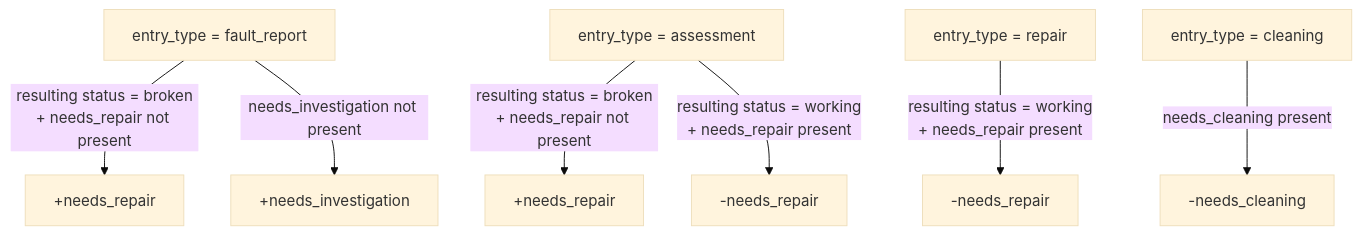
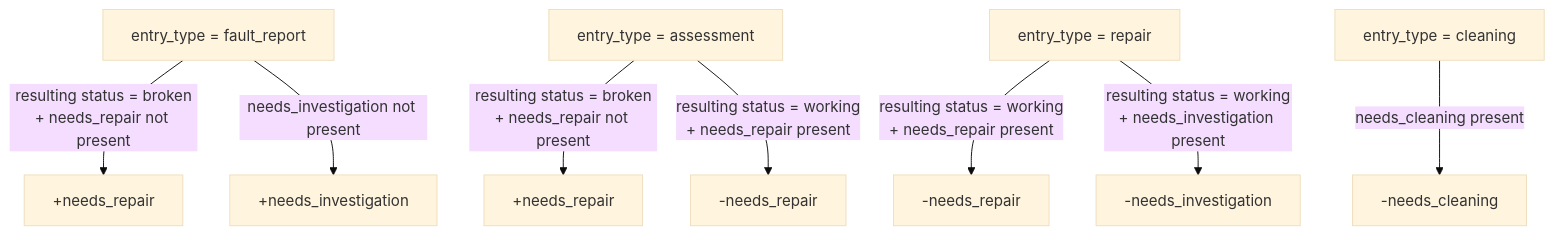
The diagram in backend-spec.md (smemmusic/repairs-tracker), drawn with Mermaid (base theme) before and after one commit. The commit also changed other lines of this file and 16 other files, not shown here.

````diff
--- a/backend-spec.md
+++ b/backend-spec.md
@@ -235,17 +235,18 @@
 ```mermaid
 flowchart TD
     FaultReport["entry_type = fault_report"]
     Assessment["entry_type = assessment"]
     Repair["entry_type = repair"]
     Cleaning["entry_type = cleaning"]
 
     FaultReport -->|"resulting status = broken<br>+ needs_repair not present"| AddRepair["+needs_repair"]
     FaultReport -->|"needs_investigation not present"| AddInv["+needs_investigation"]
 
     Assessment -->|"resulting status = broken<br>+ needs_repair not present"| AddRepair2["+needs_repair"]
     Assessment -->|"resulting status = working<br>+ needs_repair present"| RemRepair["-needs_repair"]
 
     Repair -->|"resulting status = working<br>+ needs_repair present"| RemRepair2["-needs_repair"]
+    Repair -->|"resulting status = working<br>+ needs_investigation present"| RemInv["-needs_investigation"]
 
     Cleaning -->|"needs_cleaning present"| RemCleaning["-needs_cleaning"]
 ```
````
